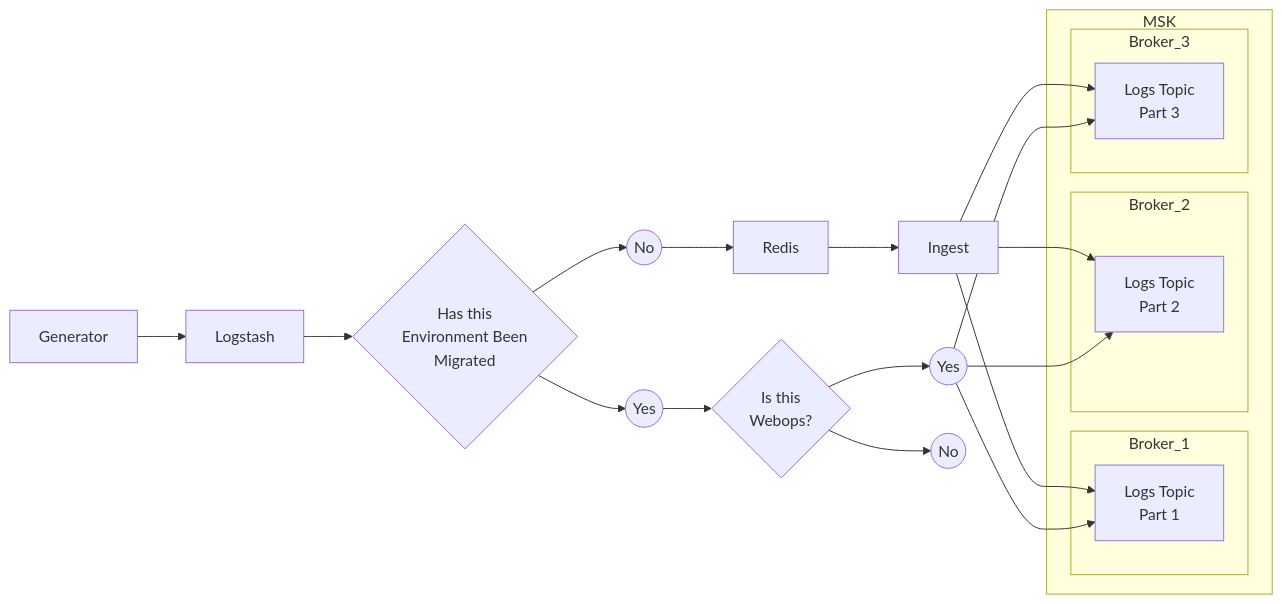
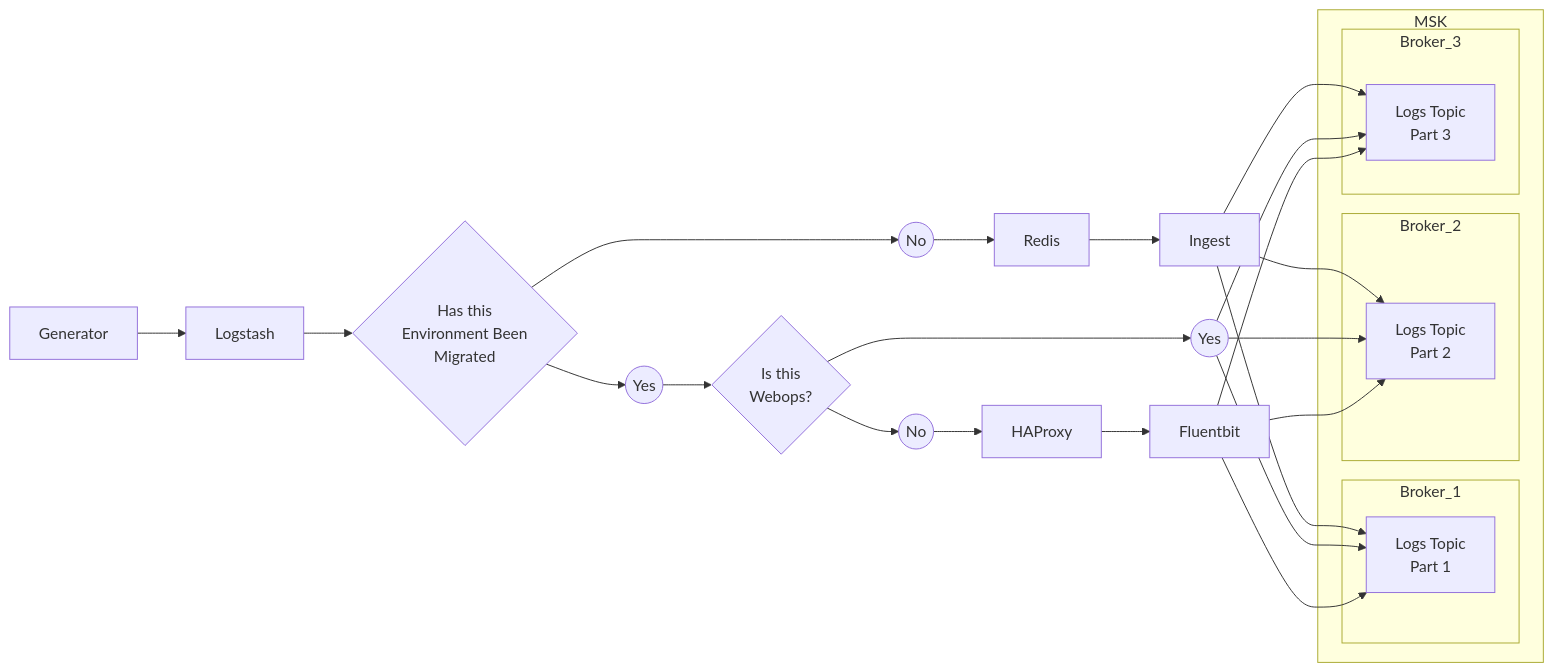
The second of 2 diagrams in README.md (Saskia-MDTP/can-hedgehogs-fly), drawn with Mermaid before and after one commit.

````diff
--- a/README.md
+++ b/README.md
@@ -15,28 +15,32 @@
 ```mermaid
   graph LR;
       subgraph MSK
           subgraph Broker_1
               P1[Logs Topic<br/>Part 1];
            end
           subgraph Broker_2
               P2[Logs Topic<br/>Part 2];
            end
           subgraph Broker_3
               P3[Logs Topic<br/>Part 3];
            end
        end
    Generator-->Logstash;
    Logstash-->Q1{Has this<br/>Environment Been<br/>Migrated};
    Q1-->Y1((Yes));
    Q1-->N1((No));
    N1-->Redis-->Ingest;
    Ingest-->P1;
    Ingest-->P2;
    Ingest-->P3;
    Y1-->Q2{Is this<br/>Webops?};
    Q2-->Y2((Yes));
    Q2-->N2((No));
    Y2-->P1;
    Y2-->P2;
    Y2-->P3;
+   N2-->HAProxy-->Fluentbit;
+   Fluentbit-->P1;
+   Fluentbit-->P2;
+   Fluentbit-->P3;
 ```
````
